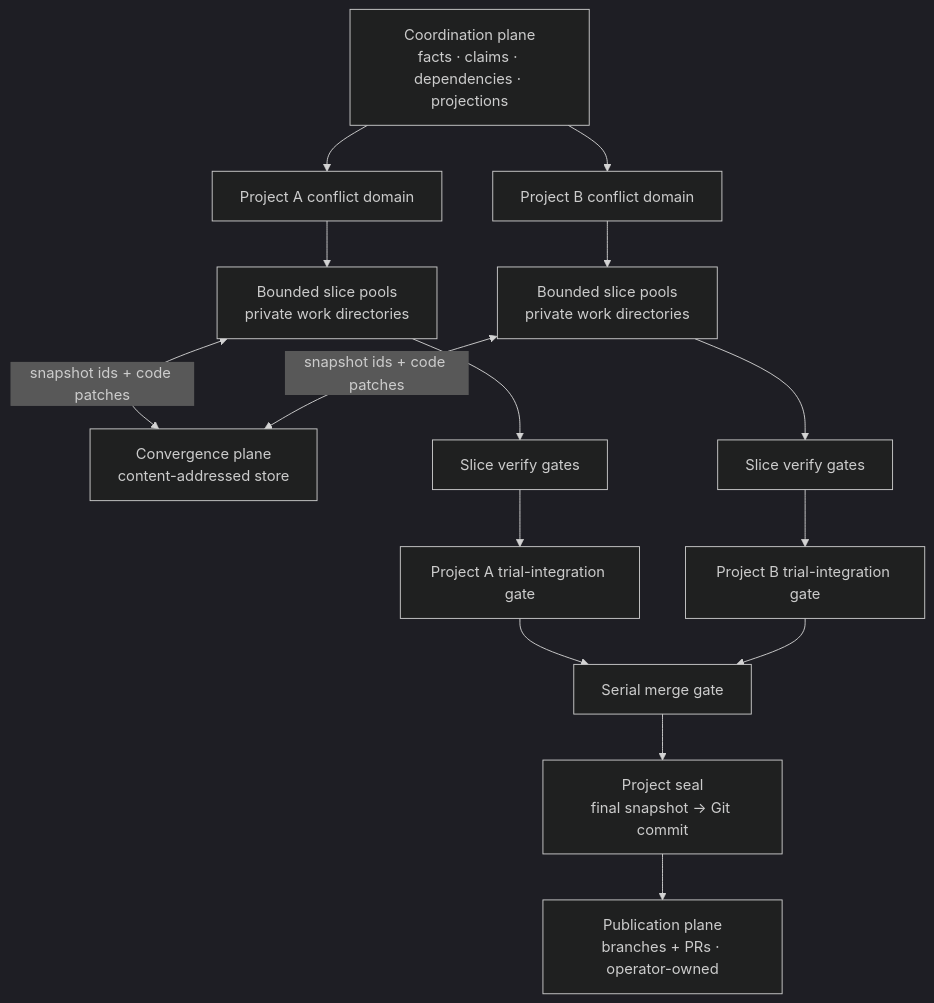
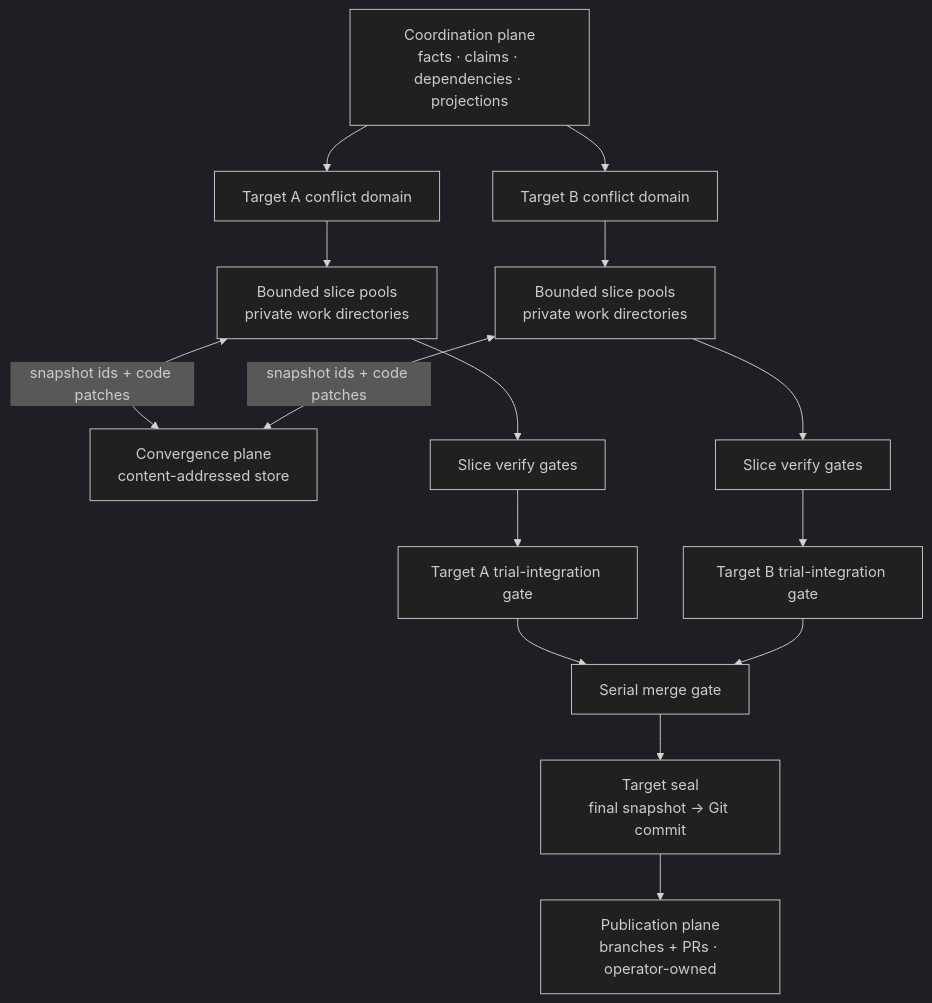
One commit to augentic/anvil changed the diagram in rfcs/platform.md. Above: the diagram before and after it, drawn with Mermaid (dark theme). The commit also changed other lines of this file and 14 other files, not shown here.

````diff
--- a/rfcs/platform.md
+++ b/rfcs/platform.md
@@ -41,22 +41,22 @@
 ```mermaid
 flowchart TB
     C["Coordination plane<br/>facts · claims · dependencies · projections"]
-    C --> PA["Project A conflict domain"]
-    C --> PB["Project B conflict domain"]
+    C --> PA["Target A conflict domain"]
+    C --> PB["Target B conflict domain"]
 
     PA --> WA["Bounded slice pools<br/>private work directories"]
     PB --> WB["Bounded slice pools<br/>private work directories"]
 
     WA <-->|snapshot ids + code patches| V["Convergence plane<br/>content-addressed store"]
     WB <-->|snapshot ids + code patches| V
 
     WA --> VA["Slice verify gates"]
     WB --> VB["Slice verify gates"]
-    VA --> TA["Project A trial-integration gate"]
-    VB --> TB["Project B trial-integration gate"]
+    VA --> TA["Target A trial-integration gate"]
+    VB --> TB["Target B trial-integration gate"]
 
     TA --> M["Serial merge gate"]
     TB --> M
-    M --> S["Project seal<br/>final snapshot → Git commit"]
+    M --> S["Target seal<br/>final snapshot → Git commit"]
     S --> P["Publication plane<br/>branches + PRs · operator-owned"]
 ```
````
